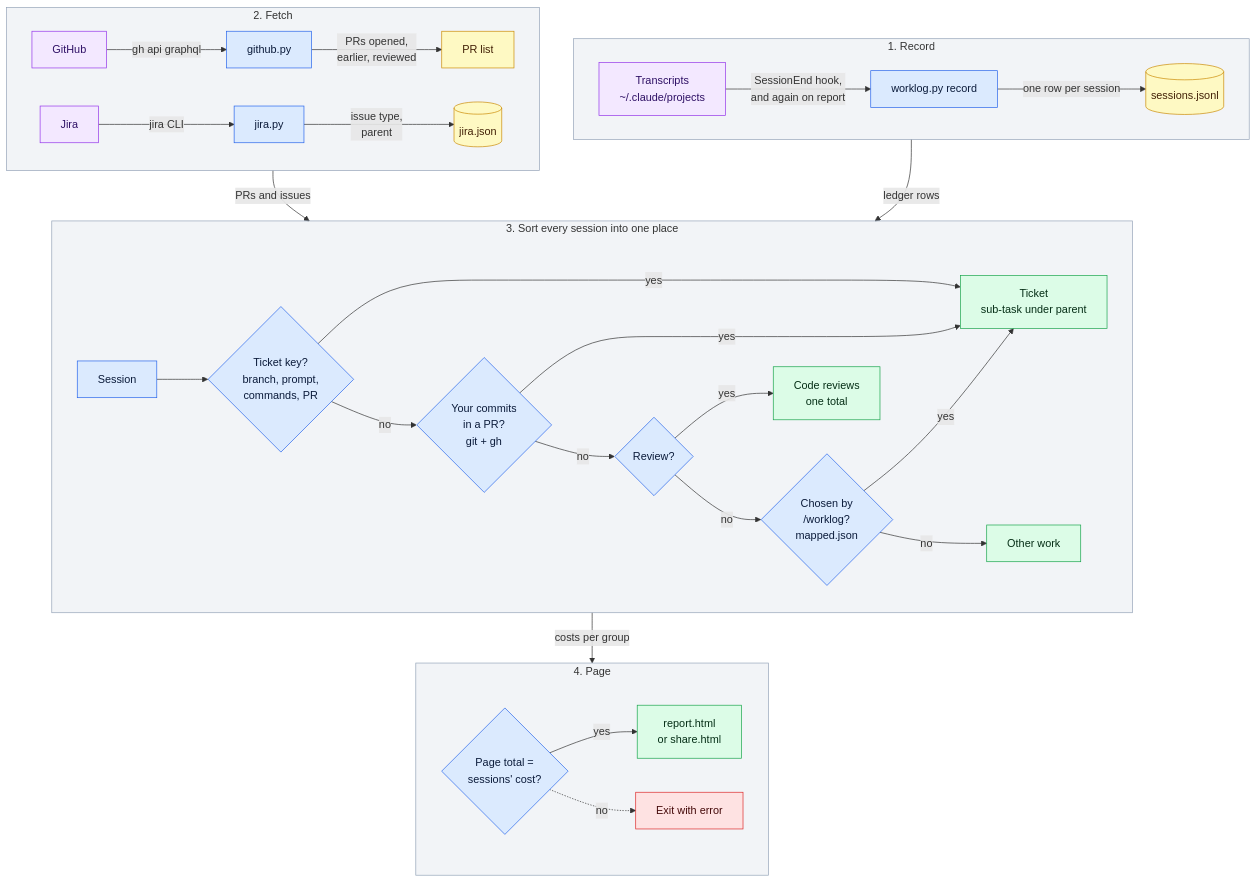
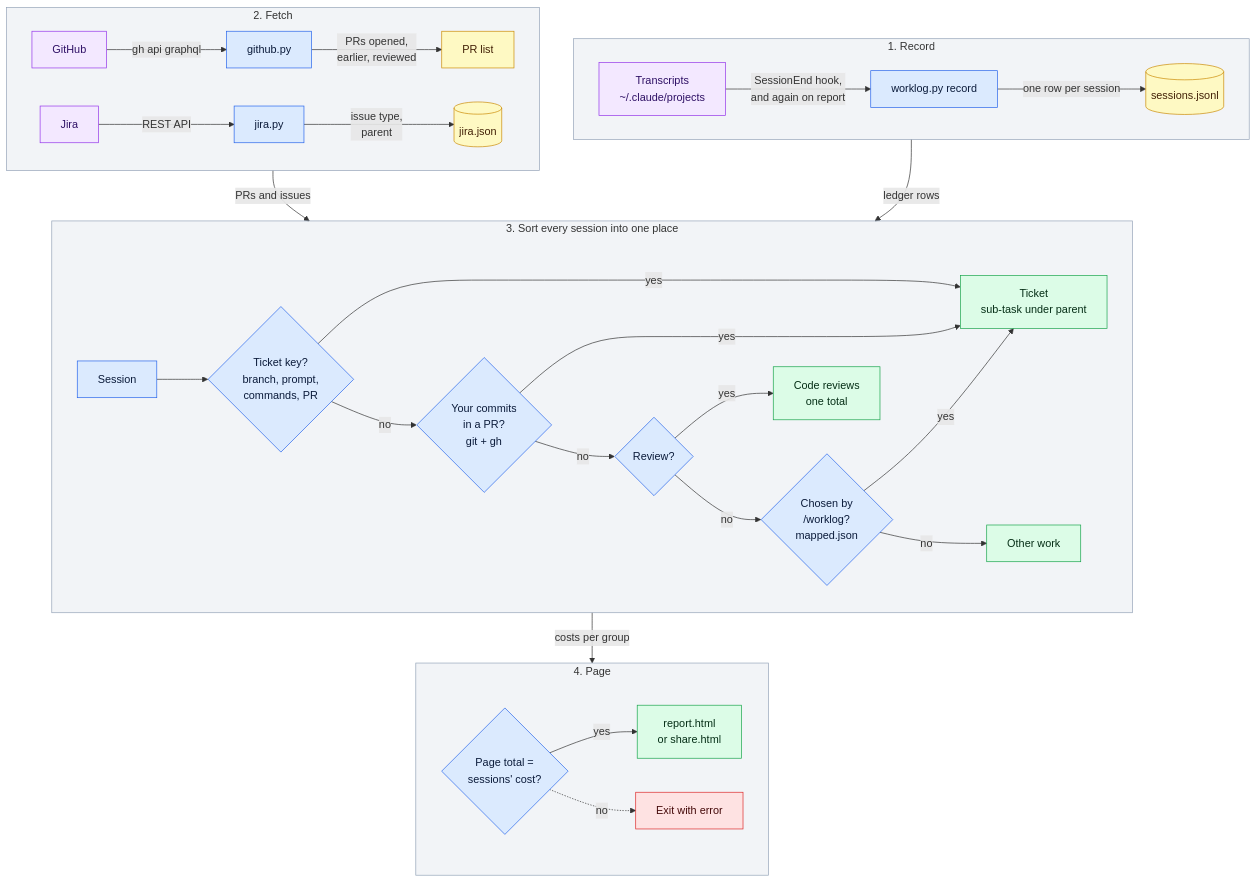
One commit to araltiparmak/claude-harness changed the diagram in skills/worklog/flow.mmd. Above: the diagram before and after it, drawn with Mermaid. The commit also changed 18 other files, not shown here.

First line of the commit message:
worklog: where the money goes (Misc box, Jira REST, batched gh); eliminate script; auto-compact at 250k (#14)

```diff
--- a/skills/worklog/flow.mmd
+++ b/skills/worklog/flow.mmd
@@ -1,42 +1,42 @@
 %% How /worklog turns sessions, pull requests and Jira issues into one page. Render: diagrams/scripts/render.sh flow.mmd
 flowchart TB
   subgraph fetch [2. Fetch]
     direction LR
     gh[GitHub] -- gh api graphql --> ghp[github.py] -- PRs opened,<br/>earlier, reviewed --> prs[PR list]
-    jc[Jira] -- jira CLI --> jp[jira.py] -- issue type,<br/>parent --> cache[(jira.json)]
+    jc[Jira] -- REST API --> jp[jira.py] -- issue type,<br/>parent --> cache[(jira.json)]
   end
   subgraph rec [1. Record]
     direction LR
     tr[Transcripts<br/>~/.claude/projects] -- SessionEnd hook,<br/>and again on report --> rc[worklog.py record] -- one row per session --> led[(sessions.jsonl)]
   end
   subgraph sort [3. Sort every session into one place]
     direction LR
     s[Session] --> key{Ticket key?<br/>branch, prompt,<br/>commands, PR} -- yes --> tk[Ticket<br/>sub-task under parent]
     key -- no --> cm{Your commits<br/>in a PR?<br/>git + gh} -- yes --> tk
     cm -- no --> rv{Review?} -- yes --> rpr[Code reviews<br/>one total]
     rv -- no --> mp{Chosen by<br/>/worklog?<br/>mapped.json} -- yes --> tk
     mp -- no --> oth[Other work]
   end
   subgraph out [4. Page]
     direction LR
     chk{Page total =<br/>sessions' cost?} -- yes --> page[report.html<br/>or share.html]
     chk -. no .-> stop[Exit with error]
   end
   fetch -- PRs and issues --> sort
   rec -- ledger rows --> sort
   sort -- costs per group --> out
 
   classDef step fill:#dbeafe,stroke:#2563eb,color:#0b1b3a
   classDef ext fill:#f3e8ff,stroke:#9333ea,color:#2e1065
   classDef data fill:#fef9c3,stroke:#ca8a04,color:#422006
   classDef fail fill:#fee2e2,stroke:#dc2626,color:#450a0a
   classDef done fill:#dcfce7,stroke:#16a34a,color:#052e16
   class rc,ghp,jp,s,key,cm,rv,mp,chk step
   class tr,gh,jc ext
   class led,prs,cache data
   class stop fail
   class tk,rpr,oth,page done
   style rec fill:#94a3b81f,stroke:#94a3b8
   style fetch fill:#94a3b81f,stroke:#94a3b8
   style sort fill:#94a3b81f,stroke:#94a3b8
   style out fill:#94a3b81f,stroke:#94a3b8
```
